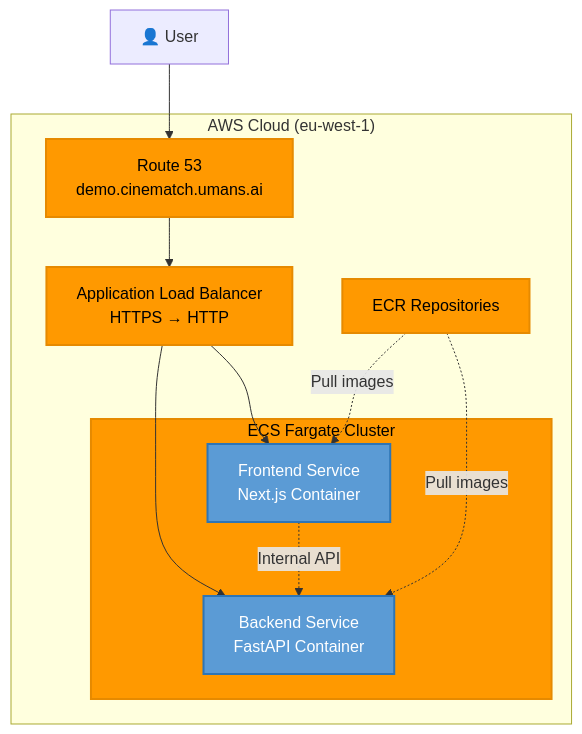
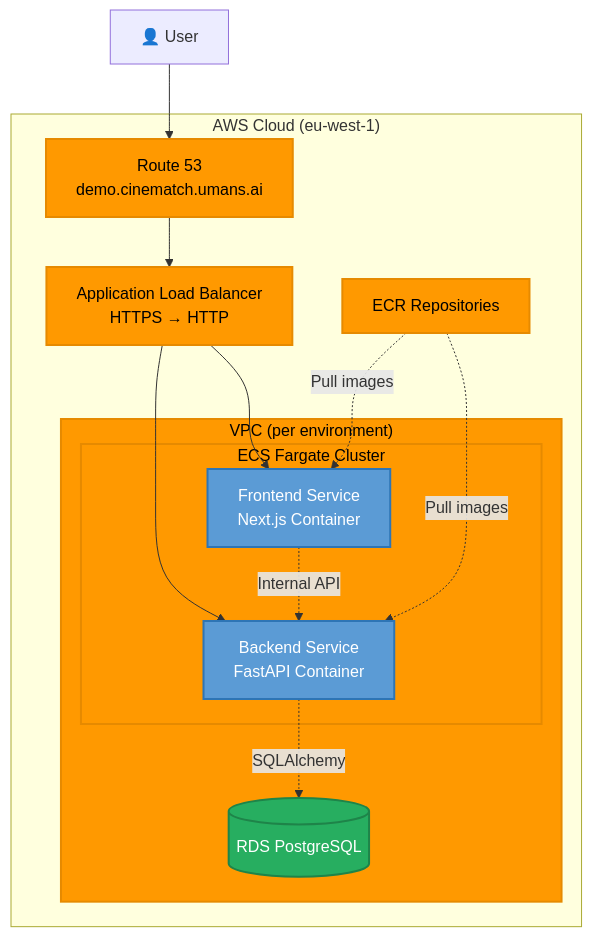
One commit to umans-ai/cinematch changed the fifth of 5 diagrams in docs/architecture/overview.md. Above: the diagram before and after it, drawn with Mermaid. The commit also changed other lines of this file, not shown here.

Commit message:
docs: update architecture overview for PostgreSQL and VPC per env 📝

````diff
--- a/docs/architecture/overview.md
+++ b/docs/architecture/overview.md
@@ -186,29 +186,36 @@
 ```mermaid
 flowchart TB
     subgraph AWS ["AWS Cloud (eu-west-1)"]
         DNS["Route 53<br/>demo.cinematch.umans.ai"]
         ALB["Application Load Balancer<br/>HTTPS → HTTP"]
 
-        subgraph ECS ["ECS Fargate Cluster"]
-            FE["Frontend Service<br/>Next.js Container"]
-            BE["Backend Service<br/>FastAPI Container"]
+        subgraph VPC ["VPC (per environment)"]
+            subgraph ECS ["ECS Fargate Cluster"]
+                FE["Frontend Service<br/>Next.js Container"]
+                BE["Backend Service<br/>FastAPI Container"]
+            end
+
+            RDS[("RDS PostgreSQL")]
         end
 
         ECR["ECR Repositories"]
     end
 
     User["👤 User"] --> DNS
     DNS --> ALB
     ALB --> FE
     ALB --> BE
     FE -.->|Internal API| BE
+    BE -.->|SQLAlchemy| RDS
 
     ECR -.->|Pull images| FE
     ECR -.->|Pull images| BE
 
     classDef aws fill:#ff9900,stroke:#e68a00,color:#000,stroke-width:2px
     classDef container fill:#5b9bd5,stroke:#2e75b5,color:#fff,stroke-width:2px
+    classDef db fill:#27ae60,stroke:#1e8449,color:#fff,stroke-width:2px
 
-    class DNS,ALB,ECS,ECR aws
+    class DNS,ALB,ECS,VPC,ECR aws
     class FE,BE container
+    class RDS db
 ```
````
